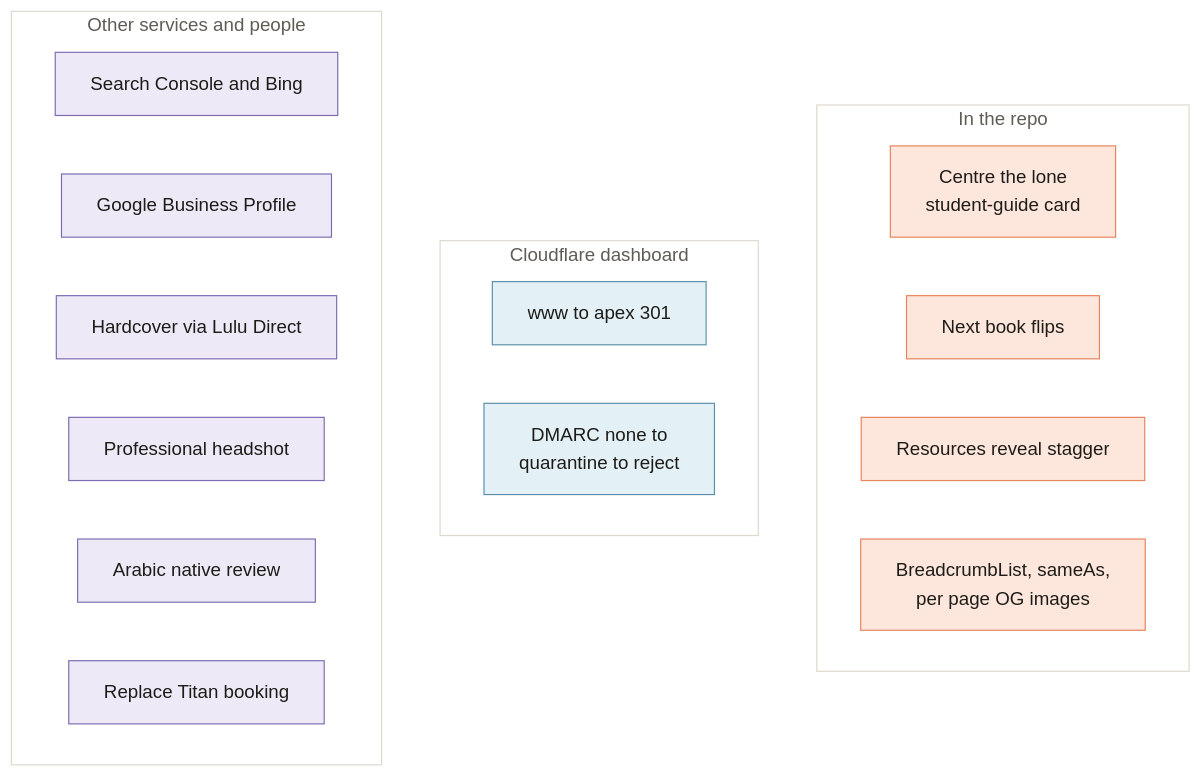
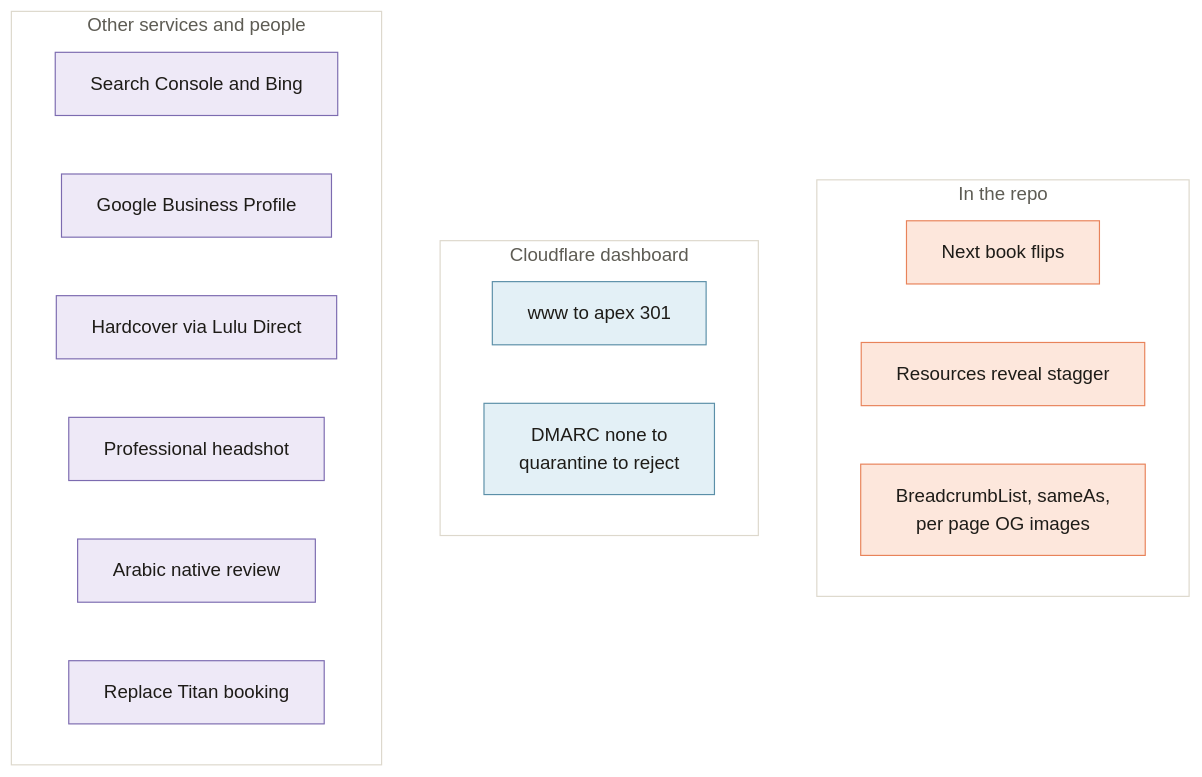
One commit to vijaybpanangi/ezziclarity changed the diagram in docs/wiki/Roadmap.md. Above: the diagram before and after it, drawn with Mermaid. The commit also changed other lines of this file and 32 other files, not shown here.

````diff
--- a/docs/wiki/Roadmap.md
+++ b/docs/wiki/Roadmap.md
@@ -8,29 +8,28 @@
 ```mermaid
 flowchart TB
     subgraph Repo[In the repo]
-      R1[Centre the lone<br/>student-guide card]:::ours
       R3[Next book flips]:::ours
       R4[Resources reveal stagger]:::ours
       R5[BreadcrumbList, sameAs,<br/>per page OG images]:::ours
     end
     subgraph CF[Cloudflare dashboard]
       C1[www to apex 301]:::cloudflare
       C2[DMARC none to<br/>quarantine to reject]:::cloudflare
     end
     subgraph Off[Other services and people]
       O1[Search Console and Bing]:::thirdparty
       O2[Google Business Profile]:::thirdparty
       O3[Hardcover via Lulu Direct]:::thirdparty
       O4[Professional headshot]:::thirdparty
       O5[Arabic native review]:::thirdparty
       O6[Replace Titan booking]:::thirdparty
     end
 
     style Repo fill:#FFFFFF,stroke:#DDD8CC,color:#5e5c54
     style CF fill:#FFFFFF,stroke:#DDD8CC,color:#5e5c54
     style Off fill:#FFFFFF,stroke:#DDD8CC,color:#5e5c54
 
     classDef ours fill:#FDE7DC,stroke:#E8835A,color:#1e1c18
     classDef cloudflare fill:#E3F0F6,stroke:#5B8FA8,color:#1e1c18
     classDef thirdparty fill:#EEE9F7,stroke:#7C6BB0,color:#1e1c18
 ```
````
